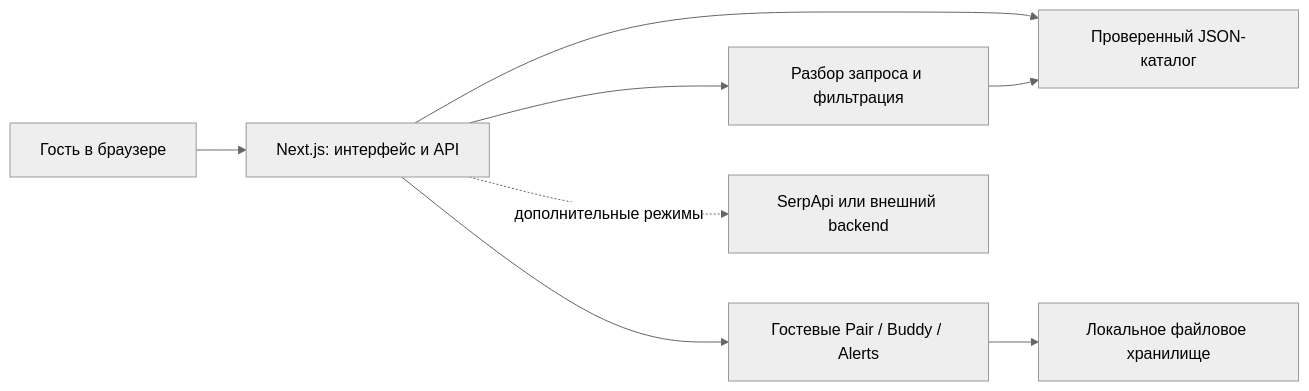
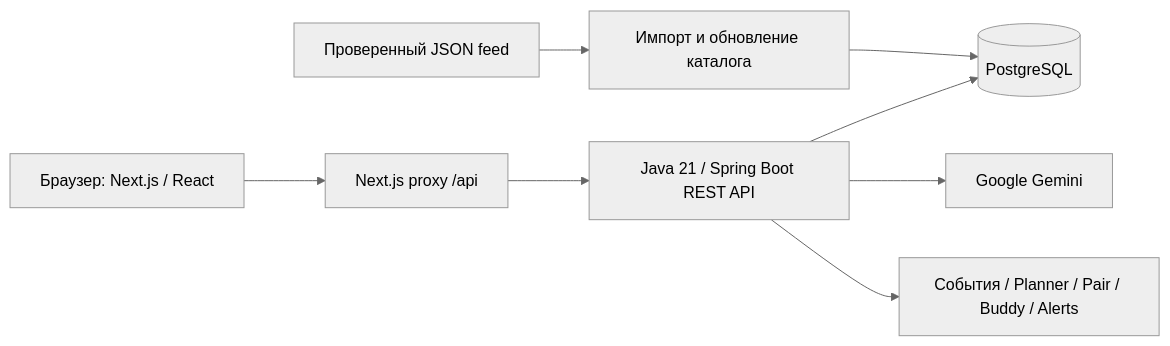
The second of 2 diagrams in README.md (bsanat/Zimran), drawn with Mermaid (neutral theme) before and after one commit. The commit also changed other lines of this file and 28 other files, not shown here.

````diff
--- a/README.md
+++ b/README.md
@@ -150,10 +165,10 @@
 ```mermaid
 flowchart LR
-    U[Гость в браузере] --> W[Next.js: интерфейс и API]
-    W --> C[Проверенный JSON-каталог]
-    W --> A[Разбор запроса и фильтрация]
-    A --> C
-    W --> S[Гостевые Pair / Buddy / Alerts]
-    S --> D[Локальное файловое хранилище]
-    W -. дополнительные режимы .-> X[SerpApi или внешний backend]
+    B[Браузер: Next.js / React] --> N[Next.js proxy /api]
+    N --> J[Java 21 / Spring Boot REST API]
+    F[Проверенный JSON feed] --> I[Импорт и обновление каталога]
+    I --> DB[(PostgreSQL)]
+    J --> DB
+    J --> G[Google Gemini]
+    J --> E[События / Planner / Pair / Buddy / Alerts]
 ```
````
